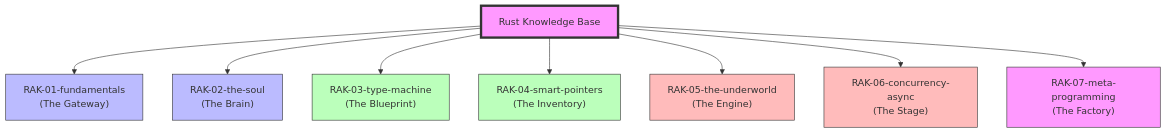
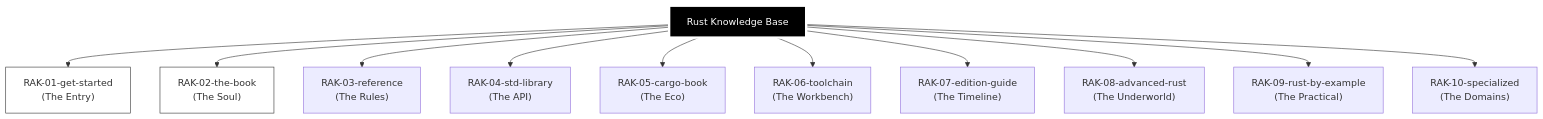
Before and after one commit to syahputrawork98-sketch/Rust-Knowledge-Base: the diagram in README.md, drawn with Mermaid. The commit also changed other lines of this file and 3 other files, not shown here.

Commit message:
feat: restructure the Rust Knowledge Base to a 10-rack architecture and add new documentation outlining the repository plan and status.

````diff
--- a/README.md
+++ b/README.md
@@ -43,29 +10,21 @@
 ```mermaid
 graph TD
     Root["Rust Knowledge Base"]
     
-    RAK01["RAK-01-fundamentals<br/>(The Gateway)"]
-    RAK02["RAK-02-the-soul<br/>(The Brain)"]
-    RAK03["RAK-03-type-machine<br/>(The Blueprint)"]
-    RAK04["RAK-04-smart-pointers<br/>(The Inventory)"]
-    RAK05["RAK-05-the-underworld<br/>(The Engine)"]
-    RAK06["RAK-06-concurrency-async<br/>(The Stage)"]
-    RAK07["RAK-07-meta-programming<br/>(The Factory)"]
+    RAK01["RAK-01-get-started<br/>(The Entry)"]
+    RAK02["RAK-02-the-book<br/>(The Soul)"]
+    RAK03["RAK-03-reference<br/>(The Rules)"]
+    RAK04["RAK-04-std-library<br/>(The API)"]
+    RAK05["RAK-05-cargo-book<br/>(The Eco)"]
+    RAK06["RAK-06-toolchain<br/>(The Workbench)"]
+    RAK07["RAK-07-edition-guide<br/>(The Timeline)"]
+    RAK08["RAK-08-advanced-rust<br/>(The Underworld)"]
+    RAK09["RAK-09-rust-by-example<br/>(The Practical)"]
+    RAK10["RAK-10-specialized<br/>(The Domains)"]
     
-    Root --> RAK01
-    Root --> RAK02
-    Root --> RAK03
-    Root --> RAK04
-    Root --> RAK05
-    Root --> RAK06
-    Root --> RAK07
+    Root --> RAK01 & RAK02 & RAK03 & RAK04 & RAK05 & RAK06 & RAK07 & RAK08 & RAK09 & RAK10
     
-    style Root fill:#f9f,stroke:#333,stroke-width:4px
-    style RAK01 fill:#bbf,stroke:#333
-    style RAK02 fill:#bbf,stroke:#333
-    style RAK03 fill:#bfb,stroke:#333
-    style RAK04 fill:#bfb,stroke:#333
-    style RAK05 fill:#fbb,stroke:#333
-    style RAK06 fill:#fbb,stroke:#333
-    style RAK07 fill:#f9f,stroke:#333
+    style Root fill:#000,stroke:#fff,stroke-width:4px,color:#fff
+    style RAK01 fill:#fff,stroke:#333
+    style RAK02 fill:#fff,stroke:#333
 ```
````
